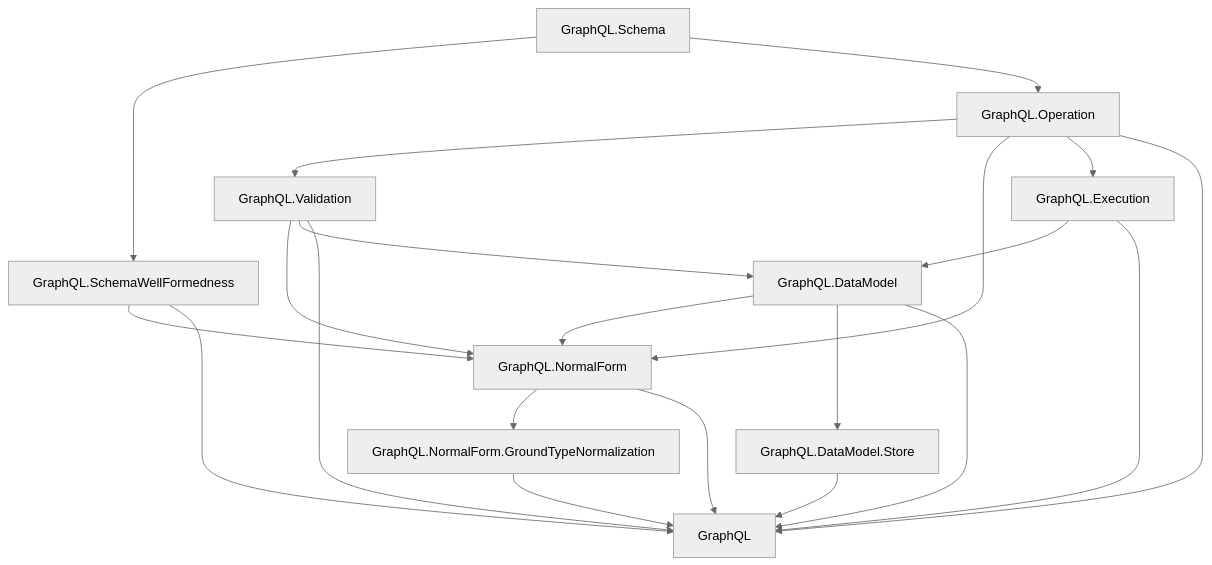
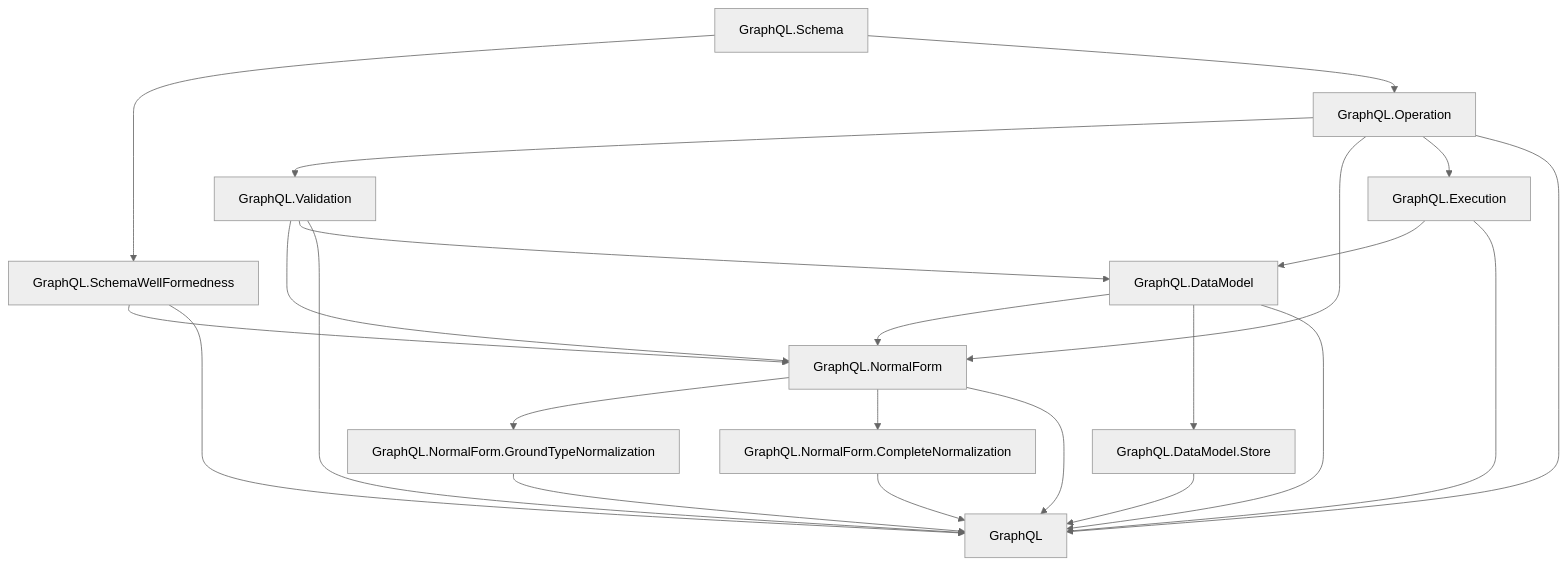
One commit to duckki/GraphQL.lean changed the diagram in docs/overview.md. Above: the diagram before and after it, drawn with Mermaid (neutral theme). The commit also changed other lines of this file and 39 other files, not shown here.

Commit message:
feat: add complete normalization

````diff
--- a/docs/overview.md
+++ b/docs/overview.md
@@ -11,35 +11,38 @@
 ```mermaid
 flowchart TD
   Schema["GraphQL.Schema"]
   SchemaWF["GraphQL.SchemaWellFormedness"]
   Operation["GraphQL.Operation"]
   Validation["GraphQL.Validation"]
   NormalForm["GraphQL.NormalForm"]
   NormalFormGround["GraphQL.NormalForm.GroundTypeNormalization"]
+  CompleteNormalization["GraphQL.NormalForm.CompleteNormalization"]
   Execution["GraphQL.Execution"]
   DataModel["GraphQL.DataModel"]
   DataModelStore["GraphQL.DataModel.Store"]
   GraphQLRoot["GraphQL"]
 
   Schema --> SchemaWF
   Schema --> Operation
   Operation --> Validation
   Operation --> NormalForm
   Operation --> Execution
   Execution --> DataModel
   SchemaWF --> NormalForm
   Validation --> NormalForm
   Validation --> DataModel
   DataModel --> NormalForm
   NormalForm --> NormalFormGround
+  NormalForm --> CompleteNormalization
   DataModel --> DataModelStore
 
   SchemaWF --> GraphQLRoot
   Operation --> GraphQLRoot
   Validation --> GraphQLRoot
   NormalForm --> GraphQLRoot
   NormalFormGround --> GraphQLRoot
+  CompleteNormalization --> GraphQLRoot
   Execution --> GraphQLRoot
   DataModel --> GraphQLRoot
   DataModelStore --> GraphQLRoot
 ```
````
